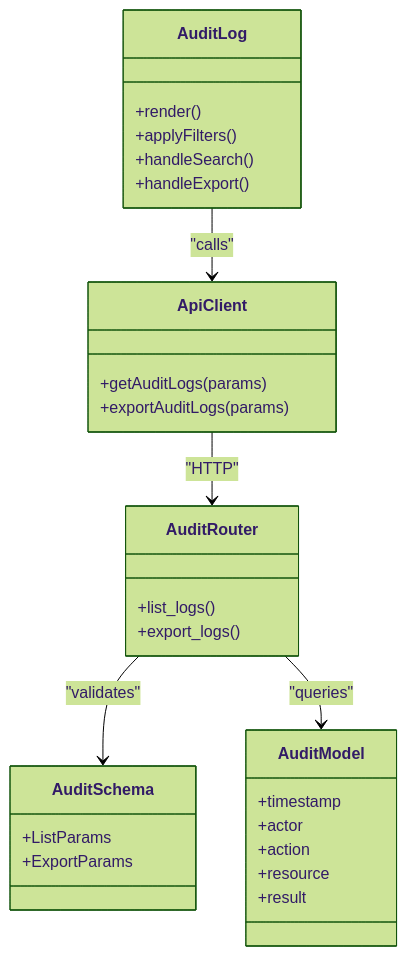
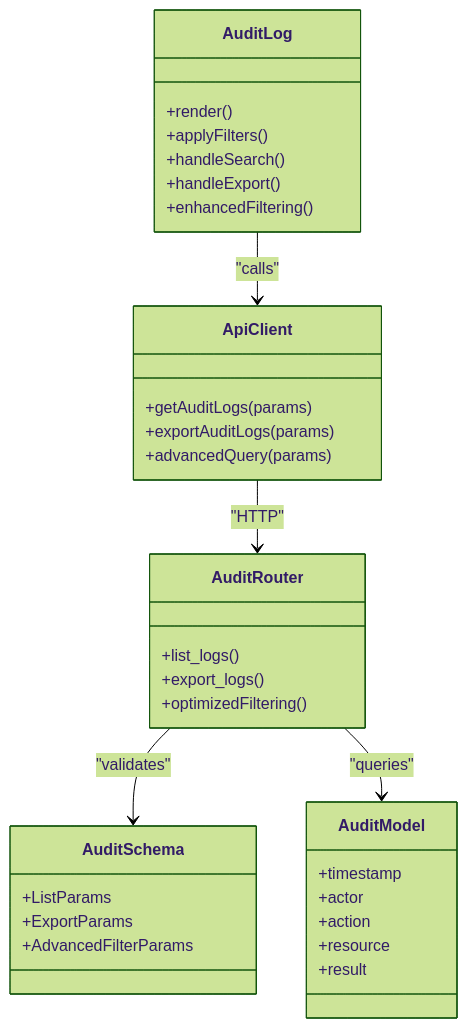
The third of 3 diagrams in .qoder/repowiki/en/content/Frontend Development/Page Components & Routing/Audit Log Interface.md (14Lucifer/hackathon_ecs_creator), drawn with Mermaid (forest theme) before and after one commit. The commit also changed other lines of this file and 120 other files, not shown here.

````diff
--- a/.qoder/repowiki/en/content/Frontend Development/Page Components & Routing/Audit Log Interface.md
+++ b/.qoder/repowiki/en/content/Frontend Development/Page Components & Routing/Audit Log Interface.md
@@ -193,32 +235,36 @@
 ```mermaid
 classDiagram
 class AuditLog {
 +render()
 +applyFilters()
 +handleSearch()
 +handleExport()
++enhancedFiltering()
 }
 class ApiClient {
 +getAuditLogs(params)
 +exportAuditLogs(params)
++advancedQuery(params)
 }
 class AuditRouter {
 +list_logs()
 +export_logs()
++optimizedFiltering()
 }
 class AuditSchema {
 +ListParams
 +ExportParams
++AdvancedFilterParams
 }
 class AuditModel {
 +timestamp
 +actor
 +action
 +resource
 +result
 }
 AuditLog --> ApiClient : "calls"
 ApiClient --> AuditRouter : "HTTP"
 AuditRouter --> AuditSchema : "validates"
 AuditRouter --> AuditModel : "queries"
 ```
````
